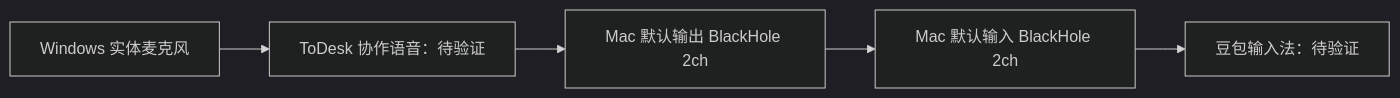
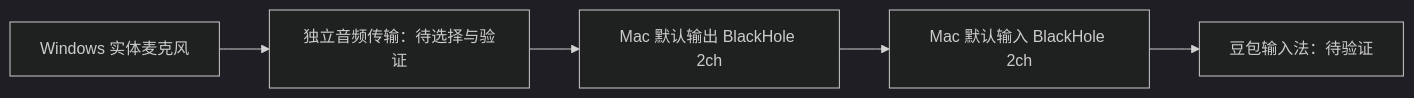
The diagram in README.md (LouChen-med/mac_todesk_microphone), drawn with Mermaid (dark theme) before and after one commit. The commit also changed other lines of this file and 8 other files, not shown here.

````diff
--- a/README.md
+++ b/README.md
@@ -13,7 +17,7 @@
 ```mermaid
 flowchart LR
-    A[Windows 实体麦克风] --> B[ToDesk 协作语音：待验证]
+    A[Windows 实体麦克风] --> B[独立音频传输：待选择与验证]
     B --> C[Mac 默认输出 BlackHole 2ch]
     C --> D[Mac 默认输入 BlackHole 2ch]
     D --> E[豆包输入法：待验证]
 ```
````
